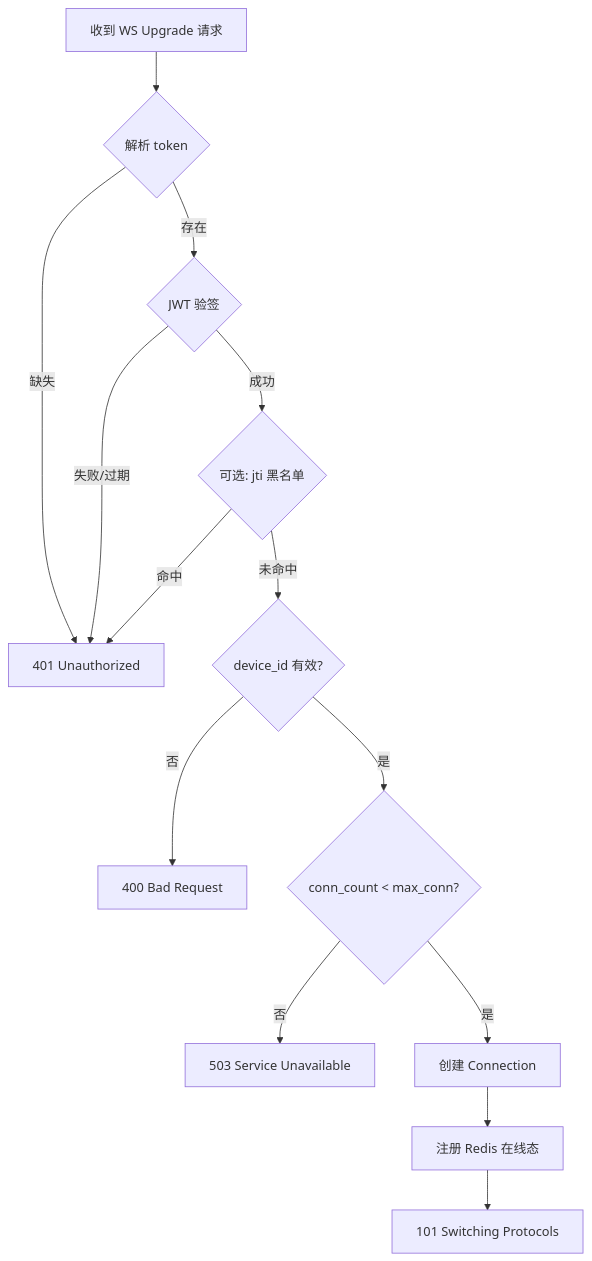
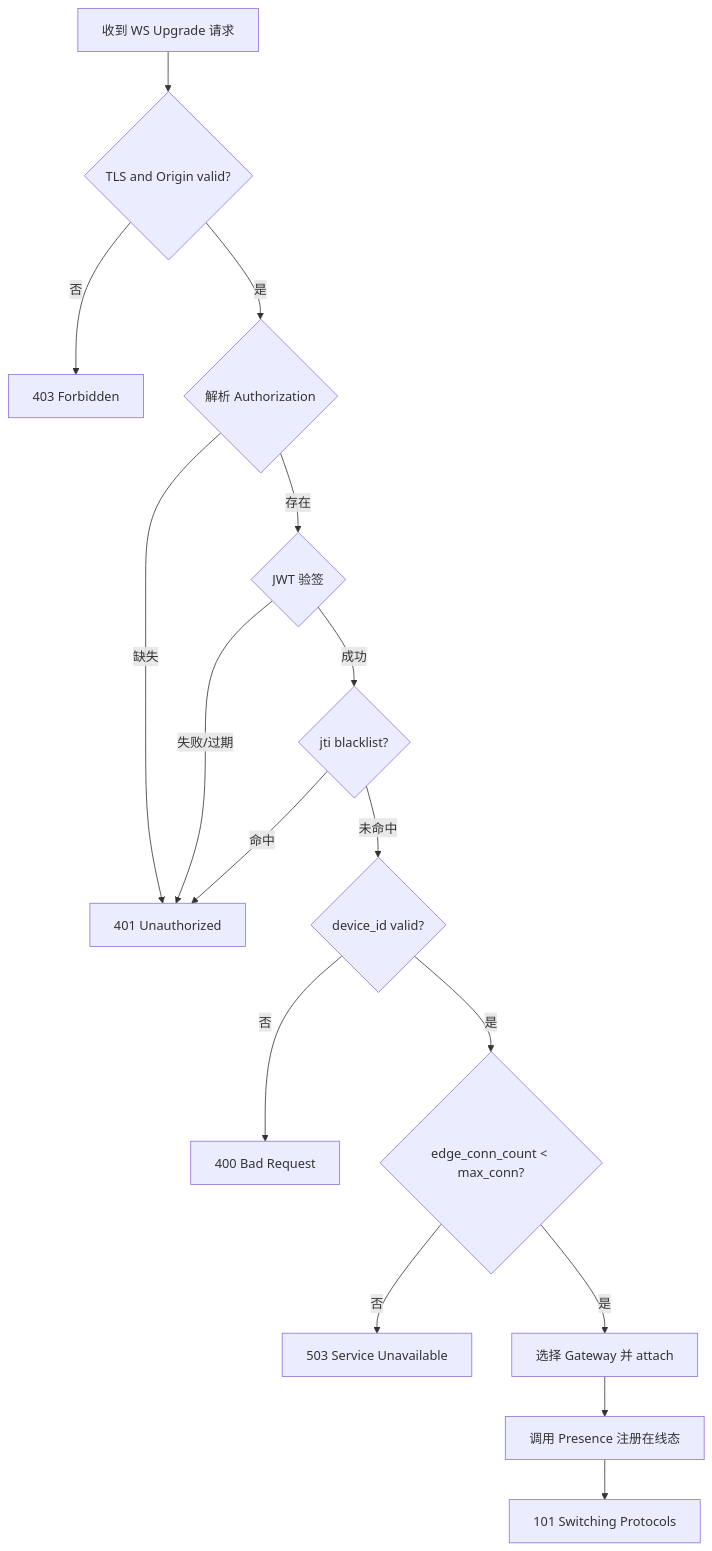
The fifth of 8 diagrams in docs/gateway/DESIGN.md (HappyLadySauce/Beehive-IM), drawn with Mermaid before and after one commit. The commit also changed other lines of this file and 5 other files, not shown here.

````diff
--- a/docs/gateway/DESIGN.md
+++ b/docs/gateway/DESIGN.md
@@ -238,16 +234,18 @@
 ```mermaid
 flowchart TD
-    A[收到 WS Upgrade 请求] --> B{解析 token}
-    B -->|缺失| R401[401 Unauthorized]
-    B -->|存在| C{JWT 验签}
-    C -->|失败/过期| R401
-    C -->|成功| D{可选: jti 黑名单}
-    D -->|命中| R401
-    D -->|未命中| E{device_id 有效?}
-    E -->|否| R400[400 Bad Request]
-    E -->|是| F{conn_count < max_conn?}
-    F -->|否| R503[503 Service Unavailable]
-    F -->|是| G[创建 Connection]
-    G --> H[注册 Redis 在线态]
-    H --> I[101 Switching Protocols]
+    A[收到 WS Upgrade 请求] --> B{TLS and Origin valid?}
+    B -->|否| R403[403 Forbidden]
+    B -->|是| C{解析 Authorization}
+    C -->|缺失| R401[401 Unauthorized]
+    C -->|存在| D{JWT 验签}
+    D -->|失败/过期| R401
+    D -->|成功| E{jti blacklist?}
+    E -->|命中| R401
+    E -->|未命中| F{device_id valid?}
+    F -->|否| R400[400 Bad Request]
+    F -->|是| G{edge_conn_count < max_conn?}
+    G -->|否| R503[503 Service Unavailable]
+    G -->|是| H[选择 Gateway 并 attach]
+    H --> I[调用 Presence 注册在线态]
+    I --> J[101 Switching Protocols]
 ```
````
